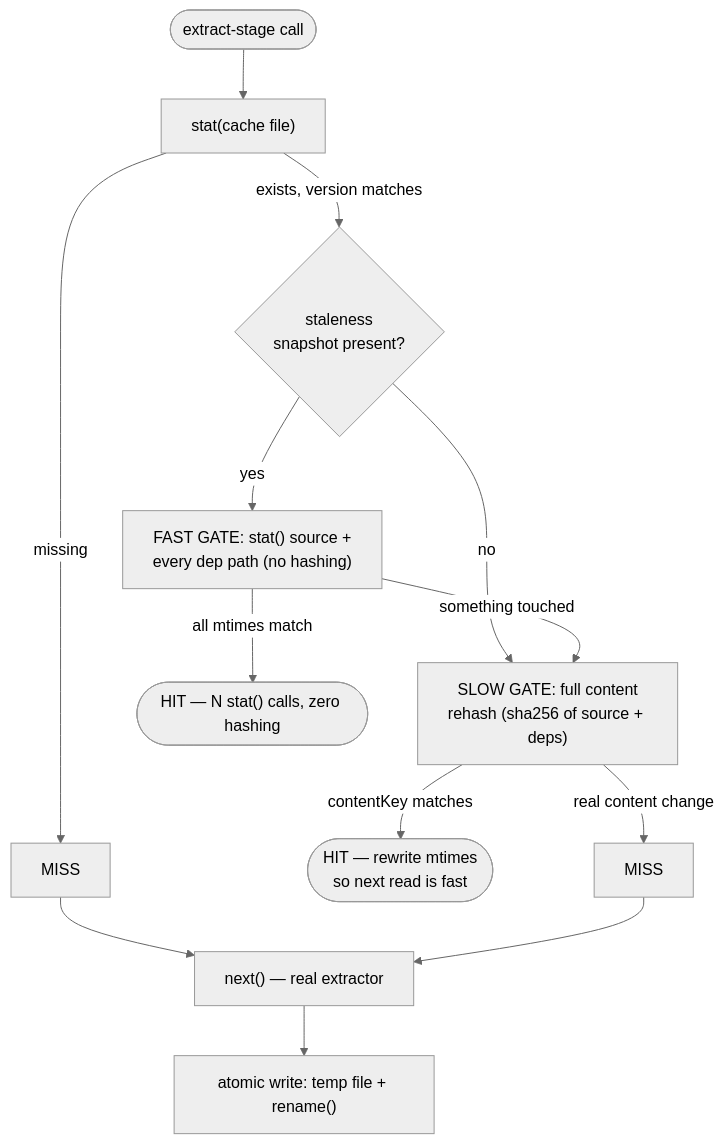
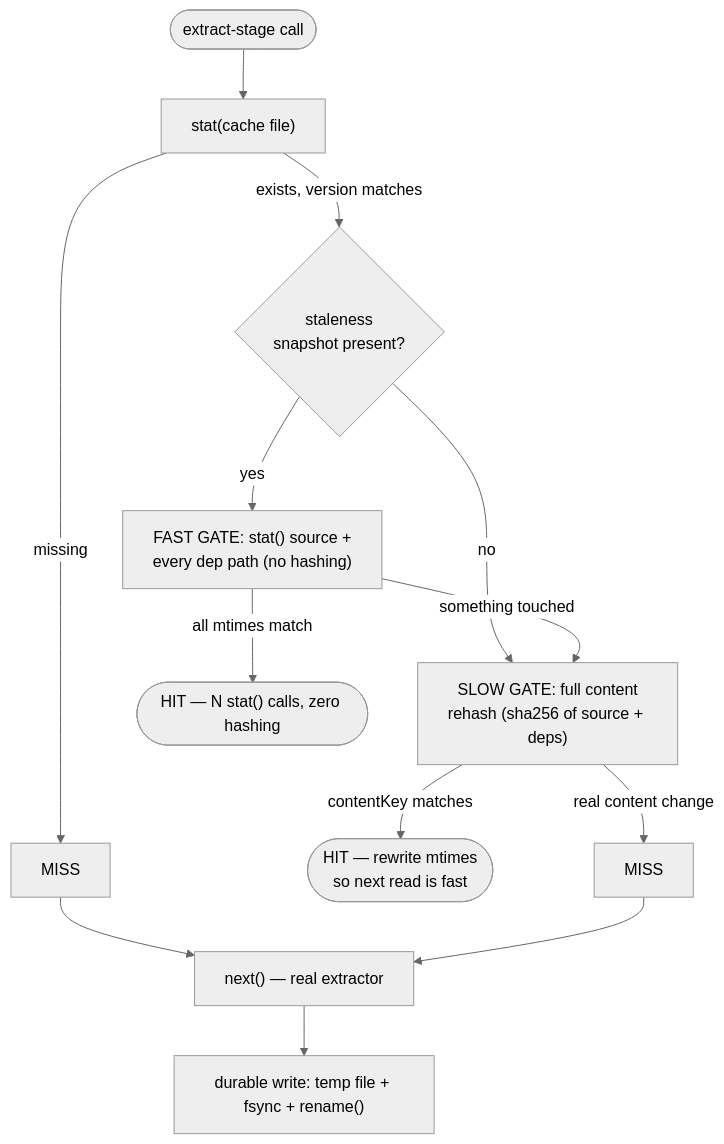
The second of 2 diagrams in packages/apigen/apigen-plugin-ir-cache/README.md (PseudoSky/adhd), drawn with Mermaid (neutral theme) before and after one commit. The commit also changed other lines of this file and 5 other files, not shown here.

First line of the commit message:
feat(apigen-plugin-ir-cache): await + durably fsync the MISS write

````diff
--- a/packages/apigen/apigen-plugin-ir-cache/README.md
+++ b/packages/apigen/apigen-plugin-ir-cache/README.md
@@ -29,15 +29,15 @@
 ```mermaid
 flowchart TD
     Start(["extract-stage call"]) --> Stat["stat(cache file)"]
     Stat -->|missing| Miss1["MISS"]
     Stat -->|exists, version matches| HasStale{"staleness<br/>snapshot present?"}
     HasStale -->|no| Slow
     HasStale -->|yes| Fast["FAST GATE: stat() source +<br/>every dep path (no hashing)"]
     Fast -->|all mtimes match| Hit1(["HIT — N stat() calls, zero hashing"])
     Fast -->|something touched| Slow["SLOW GATE: full content<br/>rehash (sha256 of source + deps)"]
     Slow -->|contentKey matches| Hit2(["HIT — rewrite mtimes<br/>so next read is fast"])
     Slow -->|real content change| Miss2["MISS"]
     Miss1 --> Run["next() — real extractor"]
     Miss2 --> Run
-    Run --> Write["atomic write: temp file + rename()"]
+    Run --> Write["durable write: temp file + fsync + rename()"]
 ```
````
